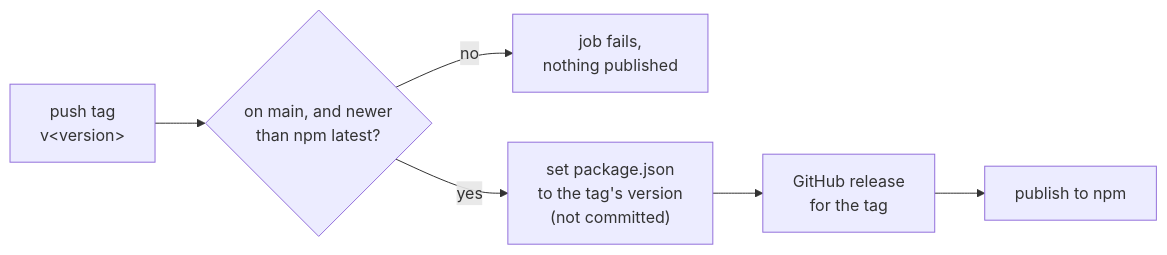
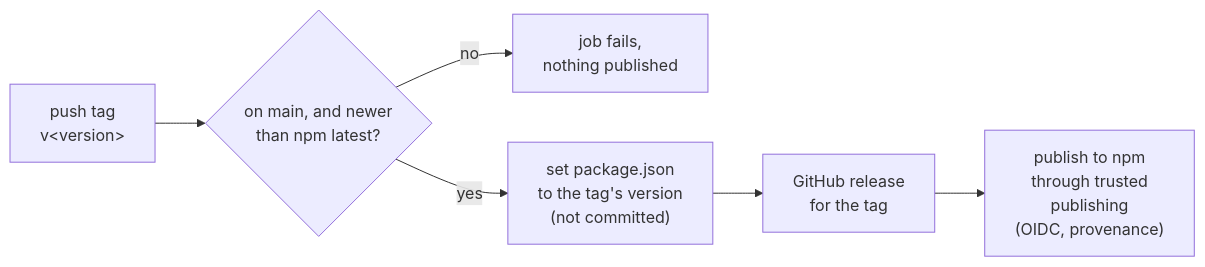
One commit to anaclumos/tokenmaxxing changed the first of 2 diagrams in docs/content/docs/distribution.mdx. Above: the diagram before and after it, drawn with Mermaid. The commit also changed other lines of this file and 1 other file, not shown here.

First line of the commit message:
ci: bring the npm publish job back on a GitHub-hosted runner

````diff
--- a/docs/content/docs/distribution.mdx
+++ b/docs/content/docs/distribution.mdx
@@ -20,8 +18,8 @@
 ```mermaid
 flowchart LR
   tag["push tag<br/>v#lt;version#gt;"] --> check{"on main, and newer<br/>than npm latest?"}
   check -->|"no"| fail["job fails,<br/>nothing published"]
   check -->|"yes"| set["set package.json<br/>to the tag's version<br/>(not committed)"]
   set --> release["GitHub release<br/>for the tag"]
-  release --> publish["publish to npm"]
+  release --> publish["publish to npm<br/>through trusted<br/>publishing<br/>(OIDC, provenance)"]
 ```
````
